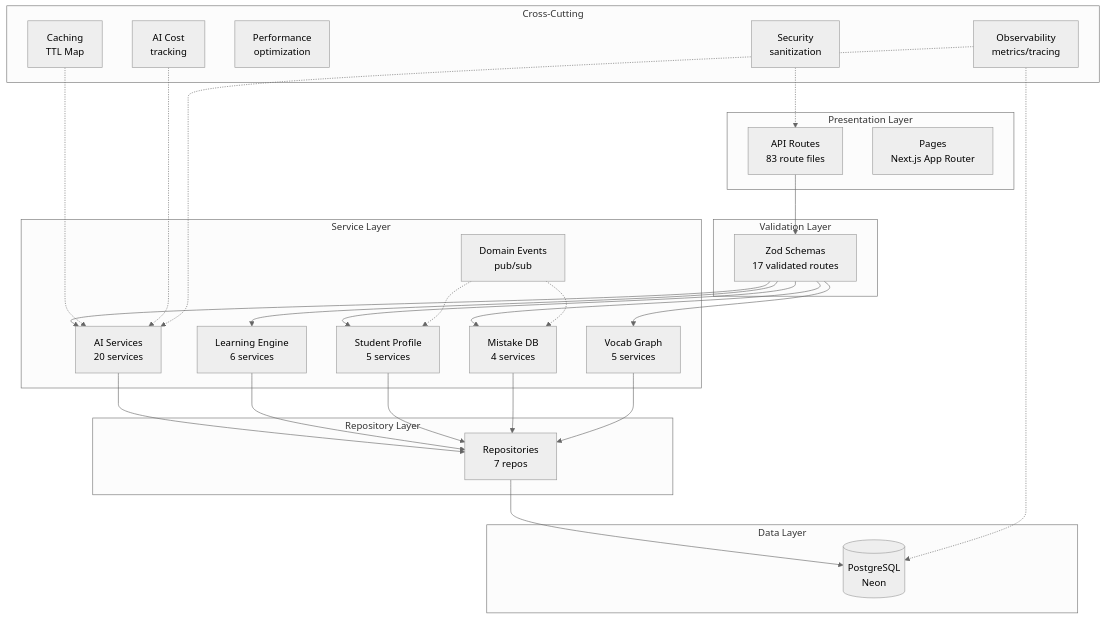
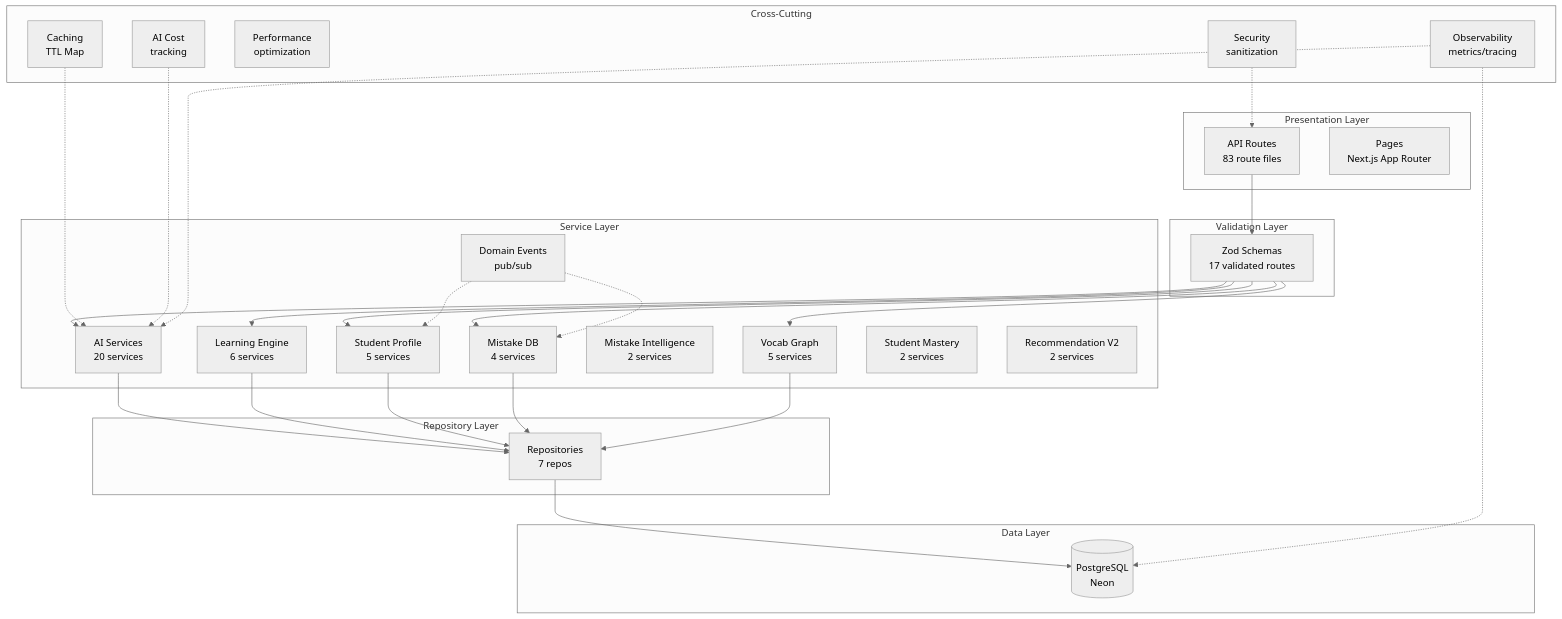
Before and after one commit to ipwh/ai-english-platform: the first of 3 diagrams in docs/ARCHITECTURE.md, drawn with Mermaid (neutral theme). The commit also changed other lines of this file and 63 other files, not shown here.

````diff
--- a/docs/ARCHITECTURE.md
+++ b/docs/ARCHITECTURE.md
@@ -7,57 +7,60 @@
 ```mermaid
 graph TB
     subgraph "Presentation Layer"
         ROUTES[API Routes<br/>83 route files]
         PAGES[Pages<br/>Next.js App Router]
     end
 
     subgraph "Validation Layer"
         ZOD[Zod Schemas<br/>17 validated routes]
     end
 
     subgraph "Service Layer"
         AI[AI Services<br/>20 services]
         LEARNING[Learning Engine<br/>6 services]
         PROFILE[Student Profile<br/>5 services]
         MISTAKE[Mistake DB<br/>4 services]
+        MISTAKE_INTEL[Mistake Intelligence<br/>2 services]
         VOCAB[Vocab Graph<br/>5 services]
+        MASTERY[Student Mastery<br/>2 services]
+        RECO_V2[Recommendation V2<br/>2 services]
         EVENTS[Domain Events<br/>pub/sub]
     end
 
     subgraph "Repository Layer"
         REPO[Repositories<br/>7 repos]
     end
 
     subgraph "Data Layer"
         DB[(PostgreSQL<br/>Neon)]
     end
 
     subgraph "Cross-Cutting"
         CACHE[Caching<br/>TTL Map]
         COST[AI Cost<br/>tracking]
         PERF[Performance<br/>optimization]
         SEC[Security<br/>sanitization]
         OBS[Observability<br/>metrics/tracing]
     end
 
     ROUTES --> ZOD
     ZOD --> AI
     ZOD --> LEARNING
     ZOD --> PROFILE
     ZOD --> MISTAKE
     ZOD --> VOCAB
     AI --> REPO
     LEARNING --> REPO
     PROFILE --> REPO
     MISTAKE --> REPO
     VOCAB --> REPO
     REPO --> DB
 
     EVENTS -.-> PROFILE
     EVENTS -.-> MISTAKE
     CACHE -.-> AI
     COST -.-> AI
     SEC -.-> ROUTES
     OBS -.-> AI
     OBS -.-> DB
 ```
````
